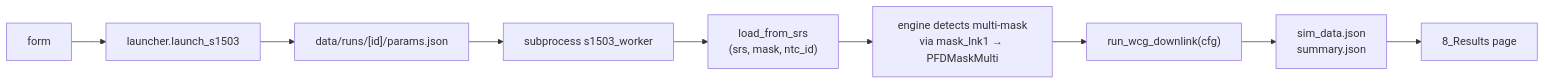
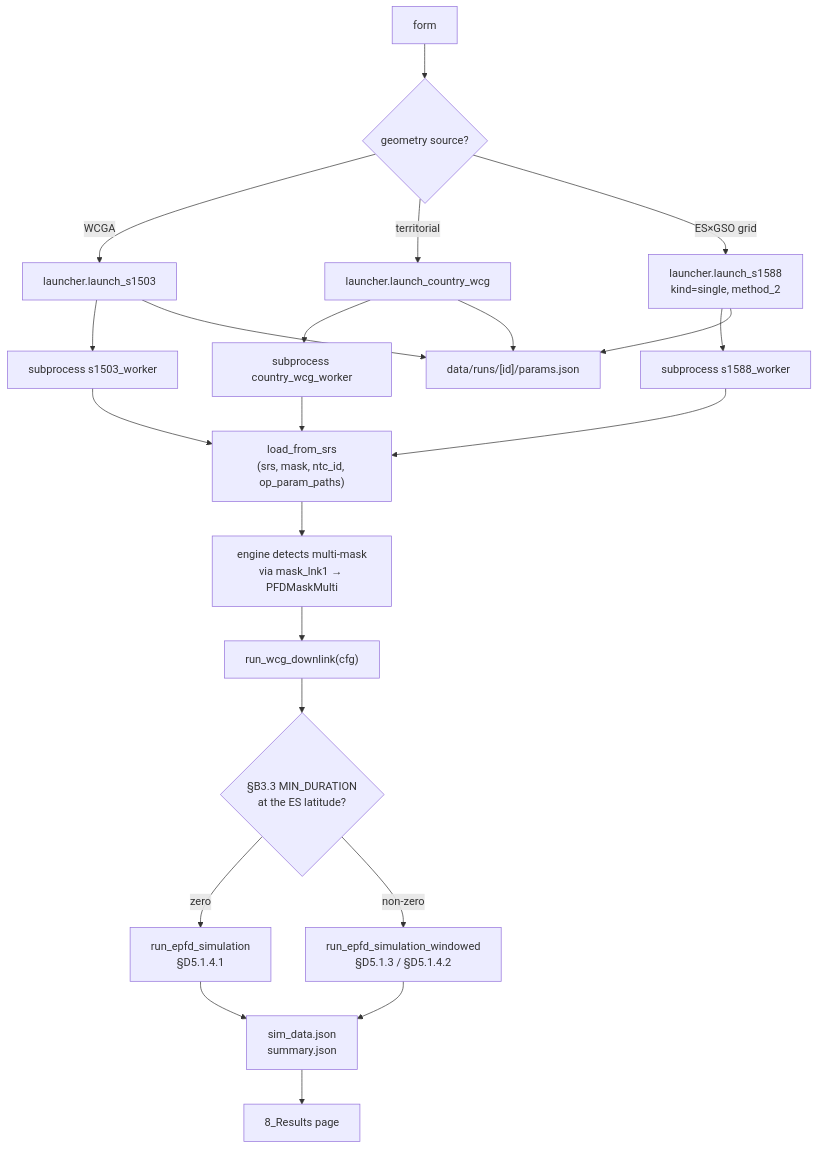
One commit to SIMULATOR-WG/SHARC-Orbit_colab_ITU changed diagram 18 of 19 in ARCHITECTURE.md. Above: the diagram before and after it, drawn with Mermaid. The commit also changed other lines of this file and 12 other files, not shown here.

````diff
--- a/ARCHITECTURE.md
+++ b/ARCHITECTURE.md
@@ -1501,13 +1892,34 @@
 ```mermaid
-flowchart LR
+flowchart TB
     A[form]
-    B[launcher.launch_s1503]
+    Q{geometry source?}
+    B1[launcher.launch_s1503]
+    B2[launcher.launch_country_wcg]
+    B3["launcher.launch_s1588<br>kind=single, method_2"]
+    D1[subprocess s1503_worker]
+    D2[subprocess country_wcg_worker]
+    D3[subprocess s1588_worker]
     C["data/runs/[id]/params.json"]
-    D[subprocess s1503_worker]
-    E["load_from_srs<br>(srs, mask, ntc_id)"]
+    E["load_from_srs<br>(srs, mask, ntc_id, op_param_paths)"]
     F["engine detects multi-mask<br>via mask_lnk1 → PFDMaskMulti"]
     G["run_wcg_downlink(cfg)"]
+    W{"§B3.3 MIN_DURATION<br>at the ES latitude?"}
+    G1["run_epfd_simulation<br>§D5.1.4.1"]
+    G2["run_epfd_simulation_windowed<br>§D5.1.3 / §D5.1.4.2"]
     H["sim_data.json<br>summary.json"]
     I[8_Results page]
-    A --> B --> C --> D --> E --> F --> G --> H --> I
+    A --> Q
+    Q -->|WCGA| B1 --> D1
+    Q -->|territorial| B2 --> D2
+    Q -->|ES×GSO grid| B3 --> D3
+    B1 --> C
+    B2 --> C
+    B3 --> C
+    D1 --> E
+    D2 --> E
+    D3 --> E
+    E --> F --> G --> W
+    W -->|zero| G1 --> H
+    W -->|non-zero| G2 --> H
+    H --> I
 ```
````
